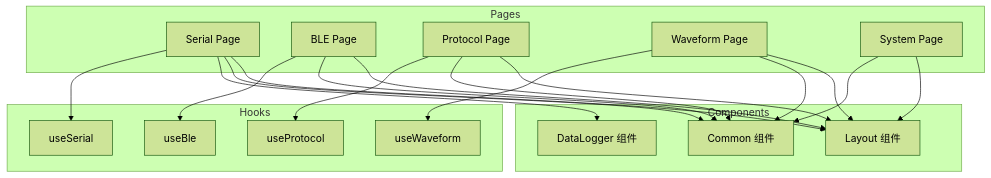
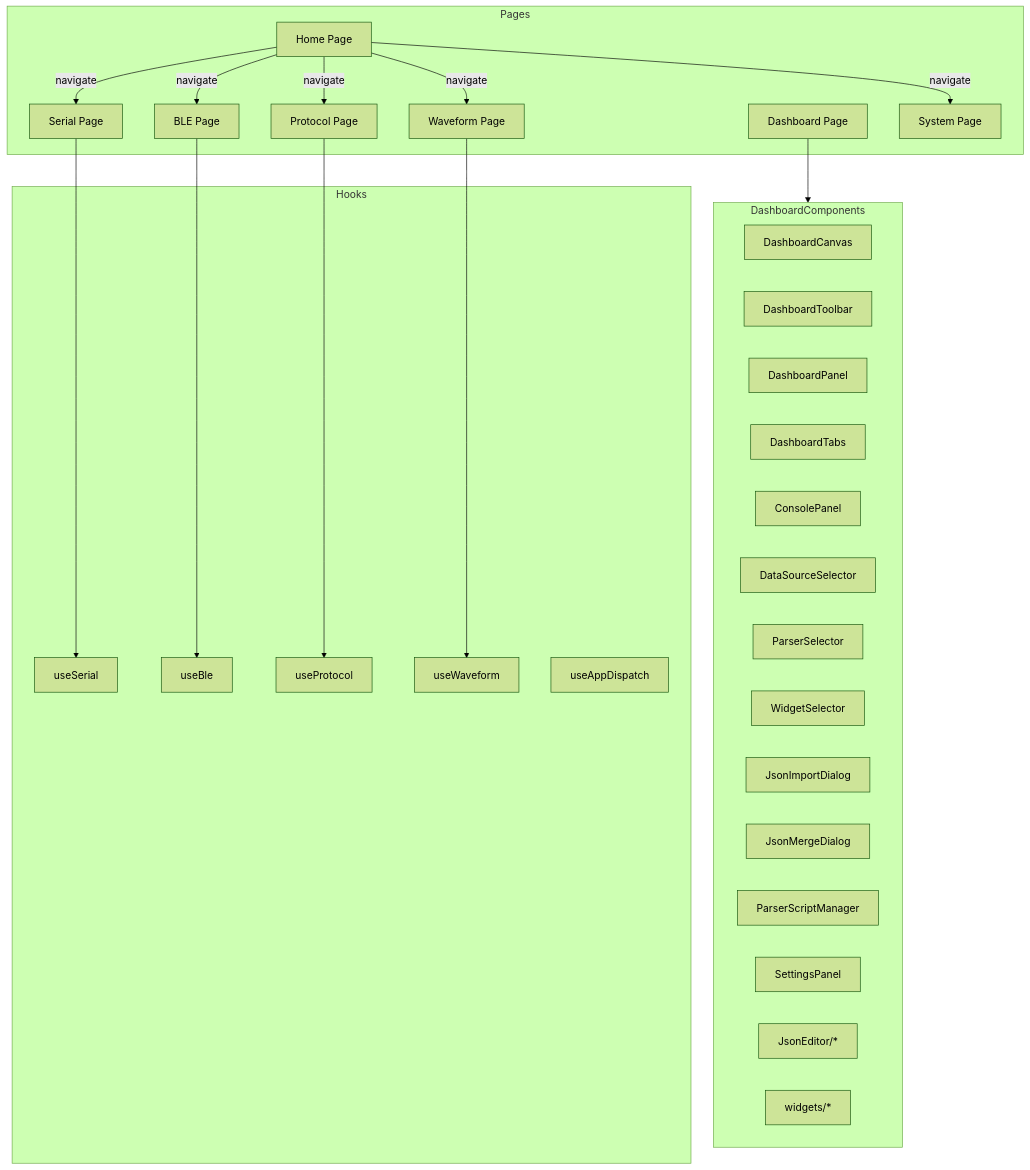
The diagram in docs/architecture/frontend/pages-layer.md (XiaoPb/combridge), drawn with Mermaid (forest theme) before and after one commit. The commit also changed other lines of this file and 10 other files, not shown here.

First line of the commit message:
docs: 重写前端架构文档，补充 Dashboard/GH3036/Waveform/Home 等模块

````diff
--- a/docs/architecture/frontend/pages-layer.md
+++ b/docs/architecture/frontend/pages-layer.md
@@ -82,43 +280,49 @@
 ```mermaid
 graph TB
     subgraph Pages
+        HomePage[Home Page]
         SerialPage[Serial Page]
         BlePage[BLE Page]
         ProtocolPage[Protocol Page]
         WaveformPage[Waveform Page]
+        DashboardPage[Dashboard Page]
         SystemPage[System Page]
     end
-    
-    subgraph Components
-        Layout[Layout 组件]
-        Common[Common 组件]
-        DataLogger[DataLogger 组件]
+
+    subgraph DashboardComponents
+        DashboardCanvas
+        DashboardToolbar
+        DashboardPanel
+        DashboardTabs
+        ConsolePanel
+        DataSourceSelector
+        ParserSelector
+        WidgetSelector
+        JsonImportDialog
+        JsonMergeDialog
+        ParserScriptManager
+        SettingsPanel
+        JsonEditor[JsonEditor/*]
+        Widgets[widgets/*]
     end
-    
+
     subgraph Hooks
         useSerial
         useBle
         useProtocol
         useWaveform
+        useAppDispatch
     end
-    
-    SerialPage --> Layout
-    SerialPage --> Common
-    SerialPage --> DataLogger
+
+    HomePage -->|navigate| SerialPage
+    HomePage -->|navigate| BlePage
+    HomePage -->|navigate| ProtocolPage
+    HomePage -->|navigate| WaveformPage
+    HomePage -->|navigate| SystemPage
+
     SerialPage --> useSerial
-    
-    BlePage --> Layout
-    BlePage --> Common
     BlePage --> useBle
-    
-    ProtocolPage --> Layout
-    ProtocolPage --> Common
     ProtocolPage --> useProtocol
-    
-    WaveformPage --> Layout
-    WaveformPage --> Common
     WaveformPage --> useWaveform
-    
-    SystemPage --> Layout
-    SystemPage --> Common
+    DashboardPage --> DashboardComponents
 ```
````
